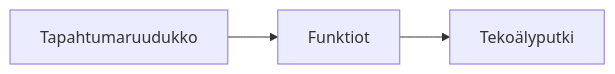
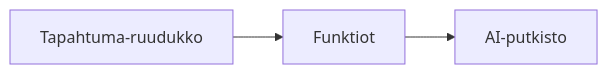
One commit to microsoft/AZD-for-beginners changed the second of 2 diagrams in translations/fi/docs/chapter-08-production/README.md. Above: the diagram before and after it, drawn with Mermaid. The commit also changed other lines of this file and 104 other files, not shown here.

````diff
--- a/translations/fi/docs/chapter-08-production/README.md
+++ b/translations/fi/docs/chapter-08-production/README.md
@@ -56,4 +57,4 @@
 ```mermaid
 graph LR
-    EventGrid[Tapahtumaruudukko] --> Functions[Funktiot] --> Pipeline[Tekoälyputki]
+    EventGrid[Tapahtuma-ruudukko] --> Functions[Funktiot] --> Pipeline[AI-putkisto]
 ```
````
